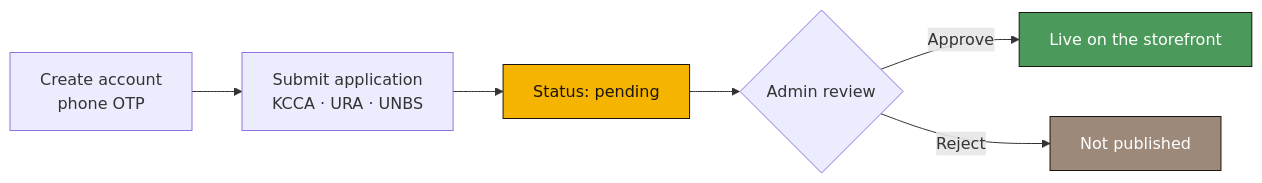
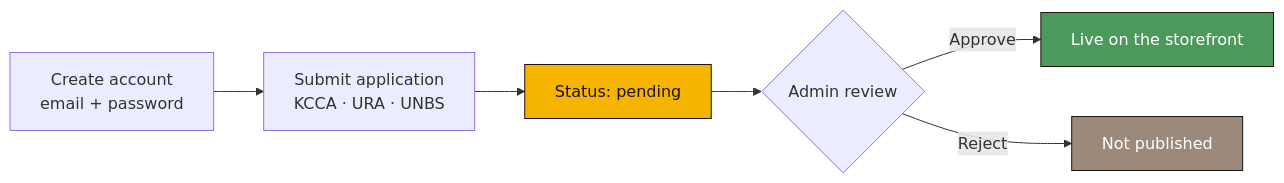
Before and after one commit to SpeakPower-commits/tonninyira: the second of 4 diagrams in README.md, drawn with Mermaid. The commit also changed other lines of this file and 17 other files, not shown here.

````diff
--- a/README.md
+++ b/README.md
@@ -65,11 +70,11 @@
 ```mermaid
 flowchart LR
-  A["Create account<br/>phone OTP"] --> B["Submit application<br/>KCCA · URA · UNBS"]
+  A["Create account<br/>email + password"] --> B["Submit application<br/>KCCA · URA · UNBS"]
   B --> C["Status: pending"]
   C --> D{"Admin review"}
   D -->|"Approve"| E["Live on the storefront"]
   D -->|"Reject"| F["Not published"]
   style C fill:#F5B400,stroke:#1C1410,color:#1C1410
   style E fill:#4C9A5B,stroke:#1C1410,color:#ffffff
   style F fill:#9C897A,stroke:#1C1410,color:#ffffff
 ```
````
